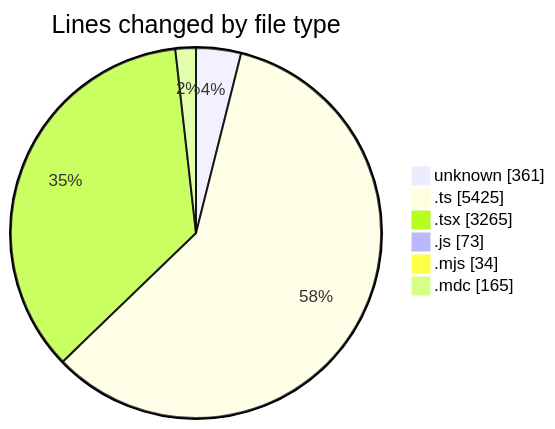
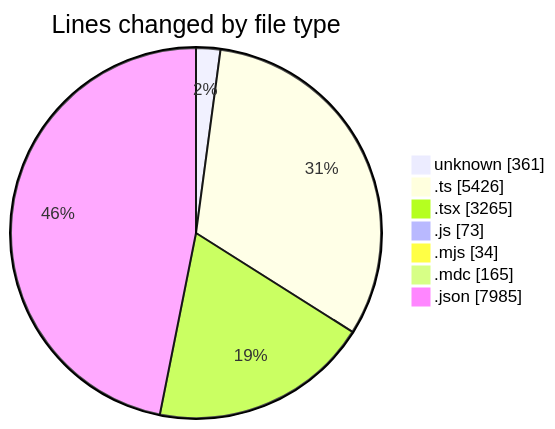
The first of 2 diagrams in 2025-06-13/ecodeli-1/README.md (CELIANVF/code-tracking), drawn with Mermaid before and after one commit. The commit also changed other lines of this file and 1 other file, not shown here.

````diff
--- a/2025-06-13/ecodeli-1/README.md
+++ b/2025-06-13/ecodeli-1/README.md
@@ -36,10 +37,11 @@
 ```mermaid
 pie showData
 title Lines changed by file type
 "unknown" : 361
-".ts" : 5425
+".ts" : 5426
 ".tsx" : 3265
 ".js" : 73
 ".mjs" : 34
 ".mdc" : 165
+".json" : 7985
 ```
````
